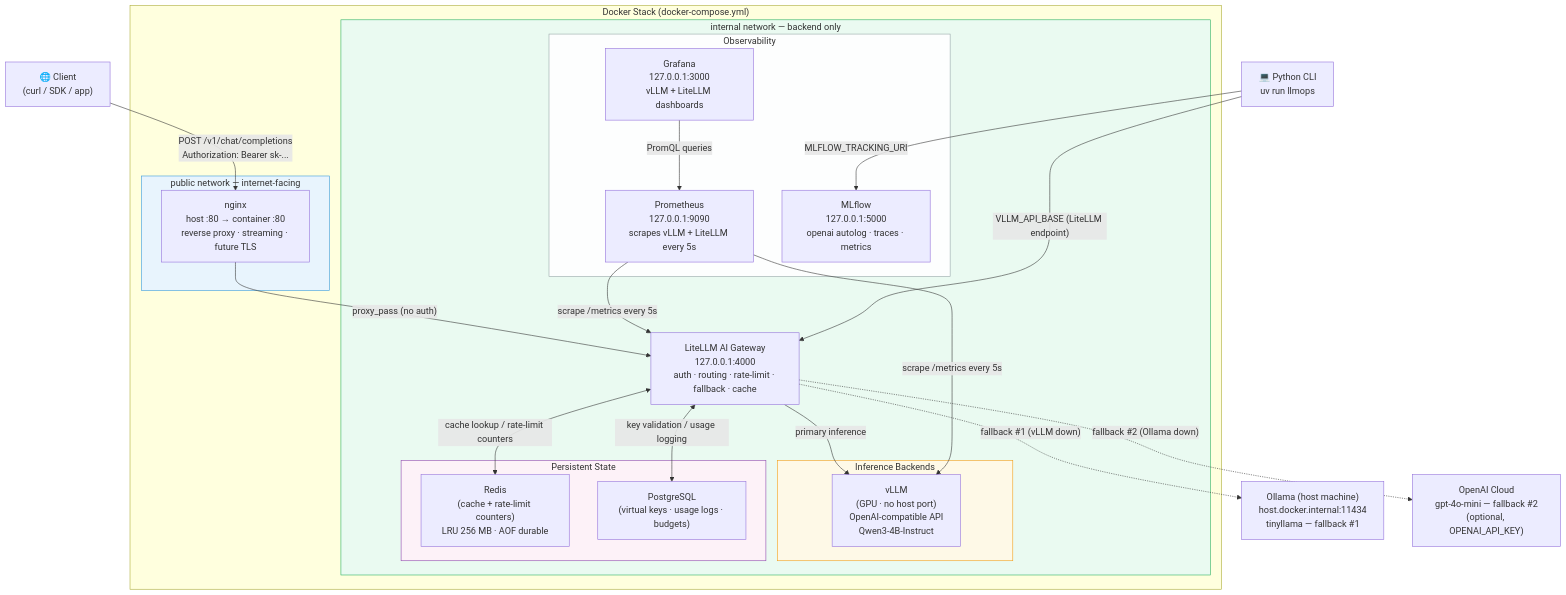
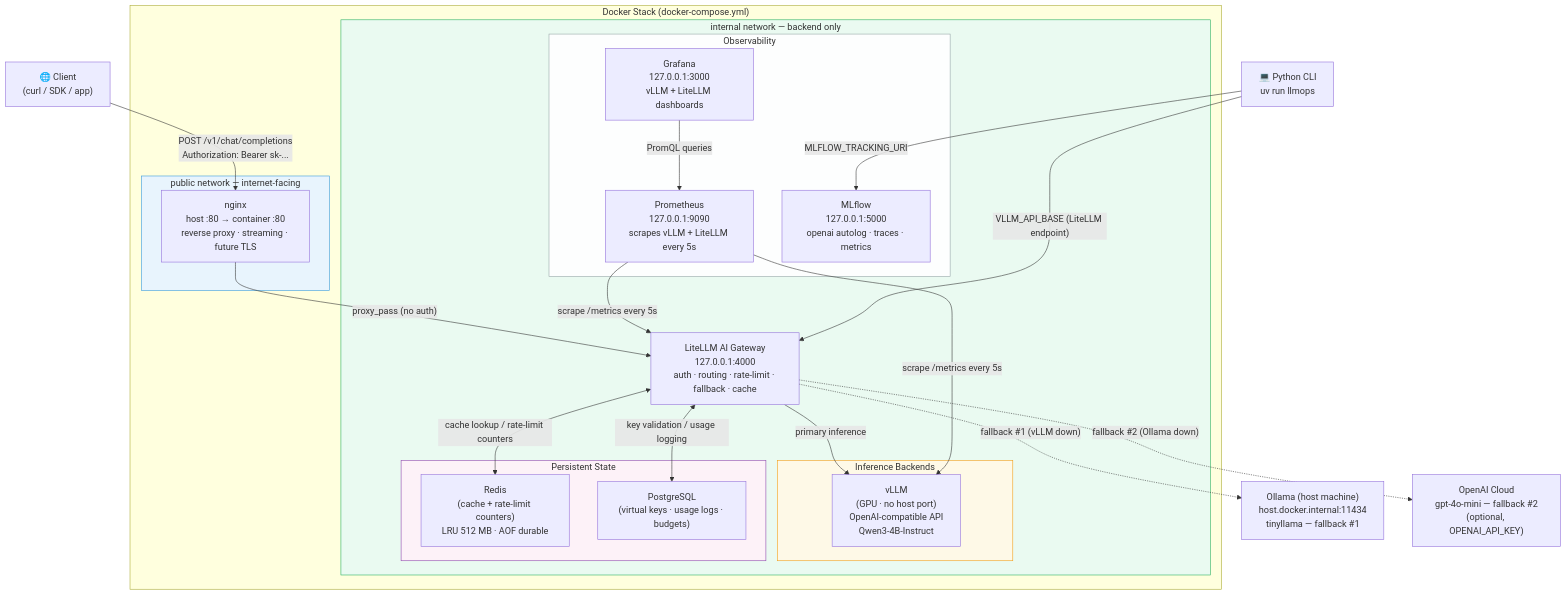
The diagram in docs/diagrams/system-architecture.md (ayushsoni1010/vllmops), drawn with Mermaid before and after one commit. The commit also changed 2 other files, not shown here.

Commit message:
docs: fix four stale references missed in initial doc sync
- ARCHITECTURE.md embedded CLI diagram: replace langchain.autolog / ChatOllama
  with openai_autolog / ChatOpenAI / correlation_id / explicit metrics
- ARCHITECTURE.md Redis section: LRU 256 MB → 512 MB (--maxmemory 512mb)
- docs/diagrams/system-architecture.md: Redis label LRU 256 MB → 512 MB
- docs/diagrams/network-topology.md: internet → nginx ":8000" → ":80"

````diff
--- a/docs/diagrams/system-architecture.md
+++ b/docs/diagrams/system-architecture.md
@@ -5,56 +5,56 @@
 ```mermaid
 graph TB
     Client["🌐 Client\n(curl / SDK / app)"]
     CLI["💻 Python CLI\nuv run llmops"]
 
     subgraph docker["Docker Stack (docker-compose.yml)"]
         subgraph pub["public network — internet-facing"]
             nginx["nginx\nhost :80 → container :80\nreverse proxy · streaming · future TLS"]
         end
 
         subgraph int["internal network — backend only"]
             litellm["LiteLLM AI Gateway\n127.0.0.1:4000\nauth · routing · rate-limit · fallback · cache"]
 
             subgraph inf["Inference Backends"]
                 vllm["vLLM\n(GPU · no host port)\nOpenAI-compatible API\nQwen3-4B-Instruct"]
             end
 
             subgraph store["Persistent State"]
-                redis["Redis\n(cache + rate-limit counters)\nLRU 256 MB · AOF durable"]
+                redis["Redis\n(cache + rate-limit counters)\nLRU 512 MB · AOF durable"]
                 postgres["PostgreSQL\n(virtual keys · usage logs · budgets)"]
             end
 
             subgraph obs["Observability"]
                 prometheus["Prometheus\n127.0.0.1:9090\nscrapes vLLM + LiteLLM every 5s"]
                 grafana["Grafana\n127.0.0.1:3000\nvLLM + LiteLLM dashboards"]
                 mlflow["MLflow\n127.0.0.1:5000\nopenai autolog · traces · metrics"]
             end
         end
     end
 
     ollama["Ollama (host machine)\nhost.docker.internal:11434\ntinyllama — fallback #1"]
     openai["OpenAI Cloud\ngpt-4o-mini — fallback #2\n(optional, OPENAI_API_KEY)"]
 
     Client -->|"POST /v1/chat/completions\nAuthorization: Bearer sk-..."| nginx
     nginx -->|"proxy_pass (no auth)"| litellm
 
     litellm -->|"primary inference"| vllm
     litellm -.->|"fallback #1 (vLLM down)"| ollama
     litellm -.->|"fallback #2 (Ollama down)"| openai
 
     litellm <-->|"cache lookup / rate-limit counters"| redis
     litellm <-->|"key validation / usage logging"| postgres
 
     prometheus -->|"scrape /metrics every 5s"| vllm
     prometheus -->|"scrape /metrics every 5s"| litellm
     grafana -->|"PromQL queries"| prometheus
 
     CLI -->|"VLLM_API_BASE (LiteLLM endpoint)"| litellm
     CLI -->|"MLFLOW_TRACKING_URI"| mlflow
 
     style pub fill:#e8f4fd,stroke:#3498db
     style int fill:#eafaf1,stroke:#27ae60
     style inf fill:#fef9e7,stroke:#f39c12
     style store fill:#fdf2f8,stroke:#8e44ad
     style obs fill:#fdfefe,stroke:#95a5a6
 ```
````
